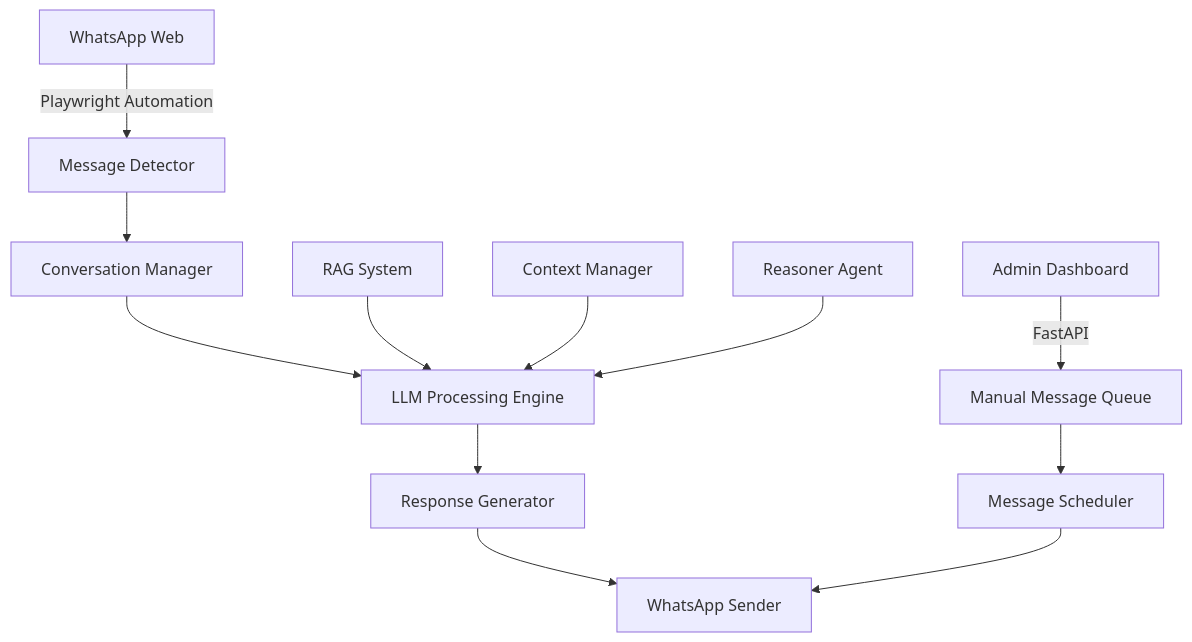
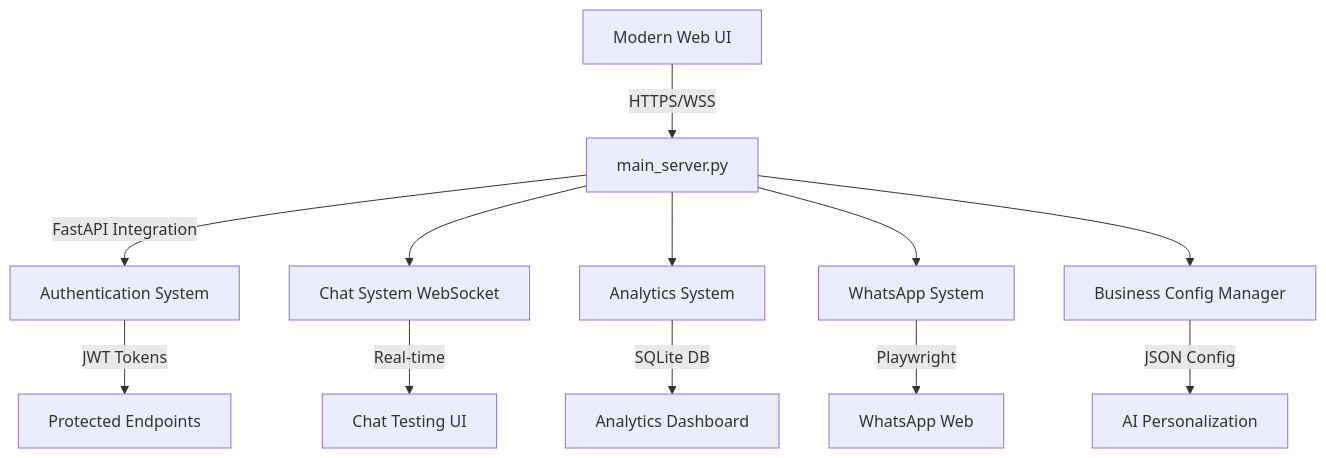
One commit to Pablo-Cubides/chatbot-whatsapp-llm changed the diagram in README.md. Above: the diagram before and after it, drawn with Mermaid. The commit also changed other lines of this file and 57 other files, not shown here.

````diff
--- a/README.md
+++ b/README.md
@@ -241,16 +273,16 @@
 ```mermaid
 graph TB
-    A[WhatsApp Web] -->|Playwright Automation| B[Message Detector]
-    B --> C[Conversation Manager]
-    C --> D[LLM Processing Engine]
-    D --> E[Response Generator]
-    E --> F[WhatsApp Sender]
+    A[main_server.py] -->|FastAPI Integration| B[Authentication System]
+    A --> C[Chat System WebSocket]  
+    A --> D[Analytics System]
+    A --> E[WhatsApp System]
+    A --> F[Business Config Manager]
     
-    G[Admin Dashboard] -->|FastAPI| H[Manual Message Queue]
-    H --> I[Message Scheduler]
-    I --> F
+    B -->|JWT Tokens| G[Protected Endpoints]
+    C -->|Real-time| H[Chat Testing UI]
+    D -->|SQLite DB| I[Analytics Dashboard]
+    E -->|Playwright| J[WhatsApp Web]
+    F -->|JSON Config| K[AI Personalization]
     
-    J[RAG System] --> D
-    K[Context Manager] --> D
-    L[Reasoner Agent] --> D
+    L[Modern Web UI] -->|HTTPS/WSS| A
 ```
````
